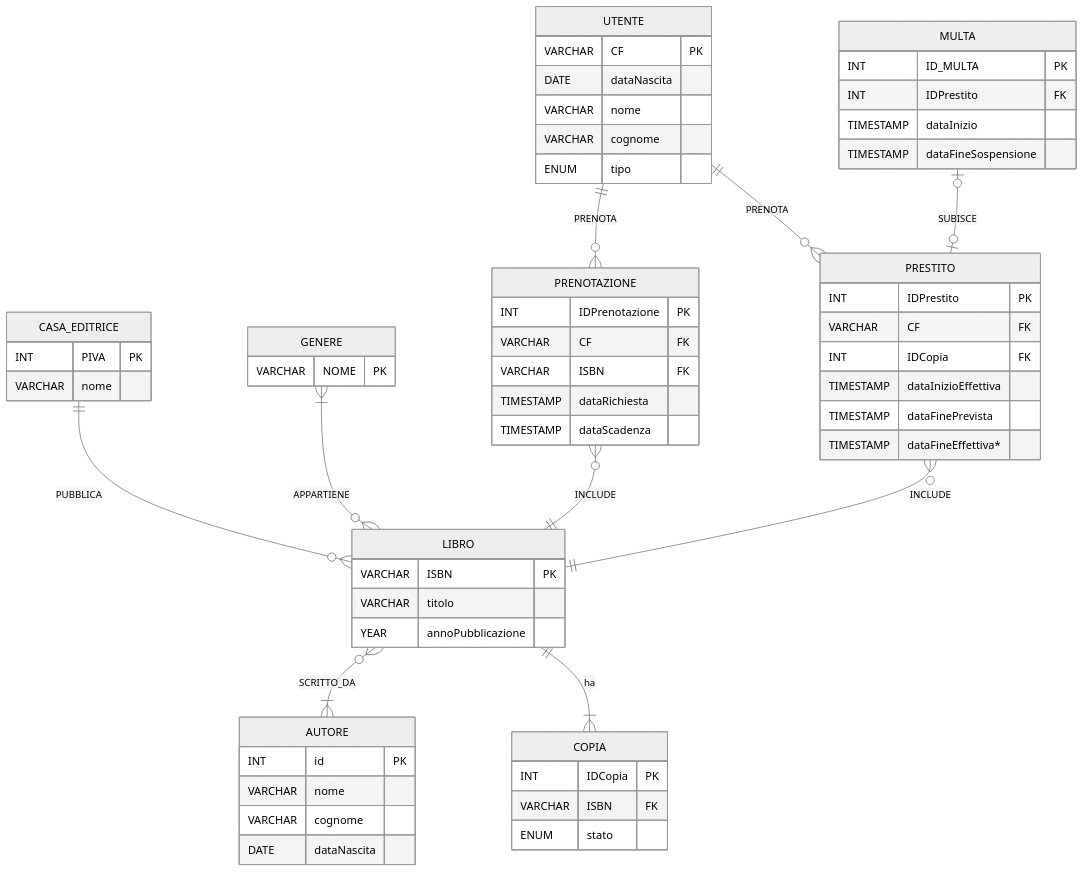
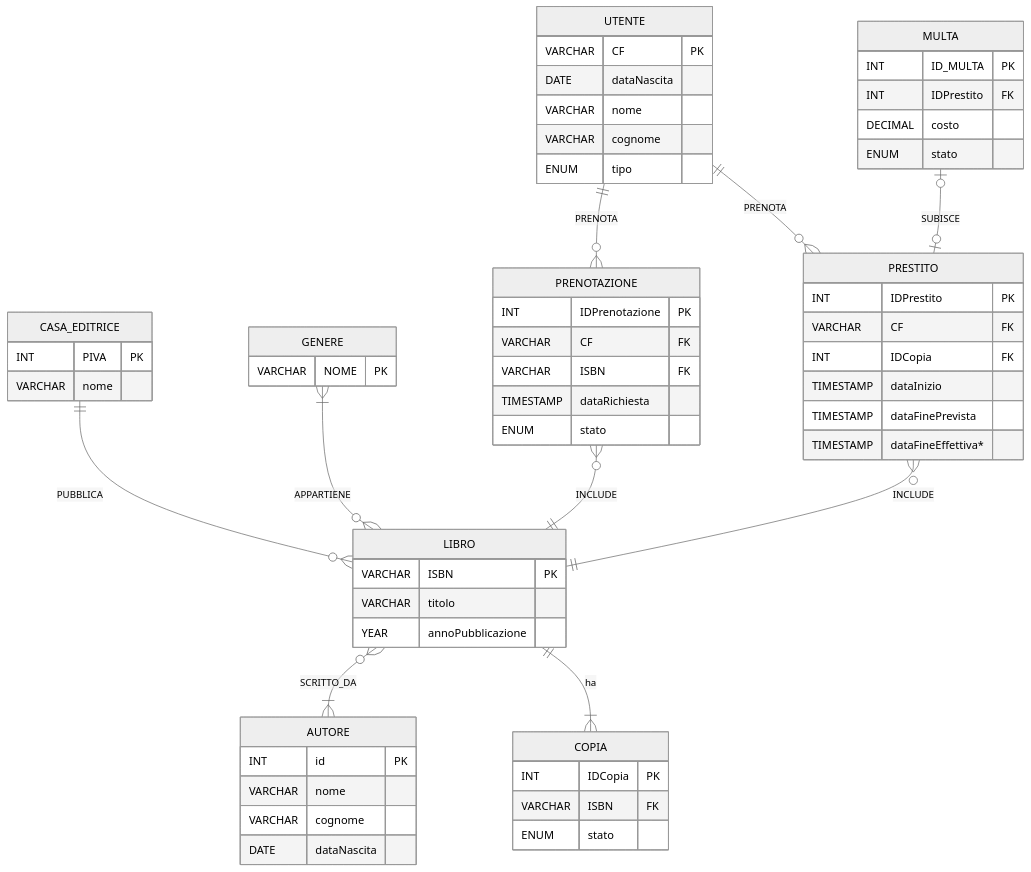
One commit to nsouit/Gestione-Biblioteca-Scolastica changed the diagram in README.md. Above: the diagram before and after it, drawn with Mermaid (neutral theme). The commit also changed other lines of this file and 1 other file, not shown here.

````diff
--- a/README.md
+++ b/README.md
@@ -126,64 +126,64 @@
 ``` mermaid
 erDiagram
     LIBRO }o--|{ AUTORE : SCRITTO_DA
     LIBRO ||--|{ COPIA : ha
     CASA_EDITRICE ||--o{ LIBRO : PUBBLICA
     GENERE }|--o{ LIBRO : APPARTIENE
     UTENTE ||--o{ PRENOTAZIONE : PRENOTA
     PRENOTAZIONE }o--|| LIBRO : INCLUDE
     UTENTE ||--o{ PRESTITO : PRENOTA
     PRESTITO }o--|| LIBRO : INCLUDE
     MULTA |o--o| PRESTITO : SUBISCE
 
     LIBRO {
         VARCHAR ISBN   PK
         VARCHAR titolo
         YEAR annoPubblicazione
     }
     COPIA {
         INT IDCopia PK
         VARCHAR ISBN   FK
         ENUM stato
     }
     AUTORE {
         INT id PK
         VARCHAR nome
         VARCHAR cognome
         DATE dataNascita
     }
     CASA_EDITRICE {
         INT PIVA PK
         VARCHAR nome
     }
     GENERE {
         VARCHAR NOME PK
     }
     UTENTE {
         VARCHAR CF PK
         DATE dataNascita
         VARCHAR nome
         VARCHAR cognome
         ENUM tipo
     }
     PRENOTAZIONE {
         INT IDPrenotazione PK
         VARCHAR CF FK
         VARCHAR ISBN FK
         TIMESTAMP dataRichiesta
-        TIMESTAMP dataScadenza
+        ENUM stato
     }
     PRESTITO {
         INT IDPrestito PK
         VARCHAR CF FK
         INT IDCopia FK
-        TIMESTAMP dataInizioEffettiva
+        TIMESTAMP dataInizio
         TIMESTAMP dataFinePrevista
         TIMESTAMP dataFineEffettiva*
     }
     MULTA {
         INT ID_MULTA PK
         INT IDPrestito FK
-        TIMESTAMP dataInizio
-        TIMESTAMP dataFineSospensione
+        DECIMAL costo
+        ENUM stato
     }
 ```
````
